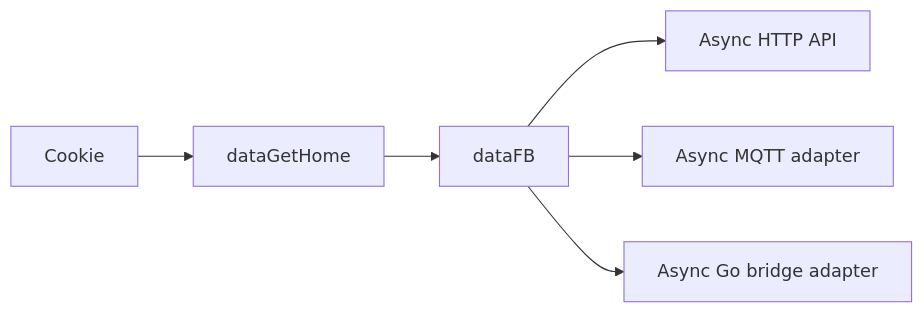
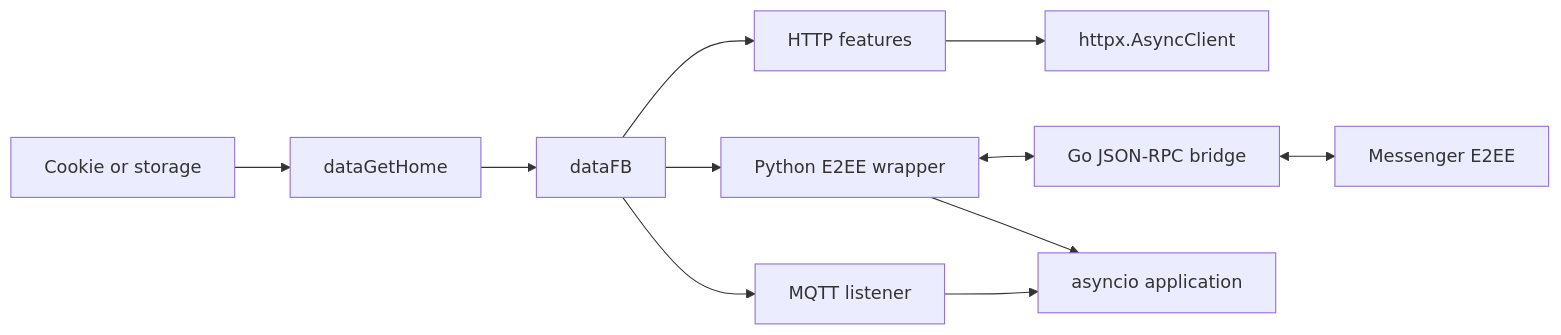
Before and after one commit to m008v/fbchat-v2: the diagram in README_EN.md, drawn with Mermaid. The commit also changed other lines of this file and 19 other files, not shown here.

````diff
--- a/README_EN.md
+++ b/README_EN.md
@@ -161,8 +111,13 @@
 ```mermaid
 flowchart LR
-    A[Cookie] --> B[dataGetHome]
+    A[Cookie or storage] --> B[dataGetHome]
     B --> C[dataFB]
-    C --> D[Async HTTP API]
-    C --> E[Async MQTT adapter]
-    C --> F[Async Go bridge adapter]
+    C --> D[HTTP features]
+    D --> E[httpx.AsyncClient]
+    C --> F[MQTT listener]
+    C --> G[Python E2EE wrapper]
+    G <--> H[Go JSON-RPC bridge]
+    H <--> I[Messenger E2EE]
+    F --> J[asyncio application]
+    G --> J
 ```
````
